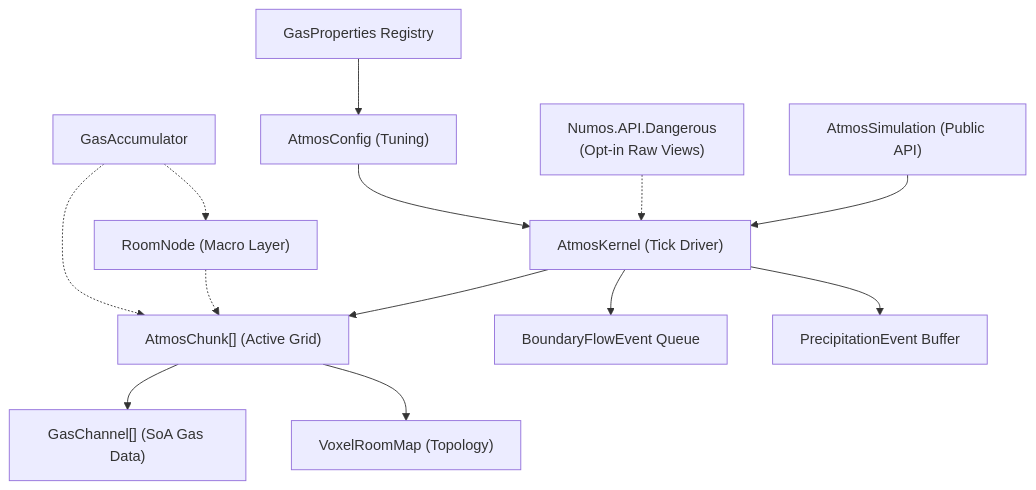
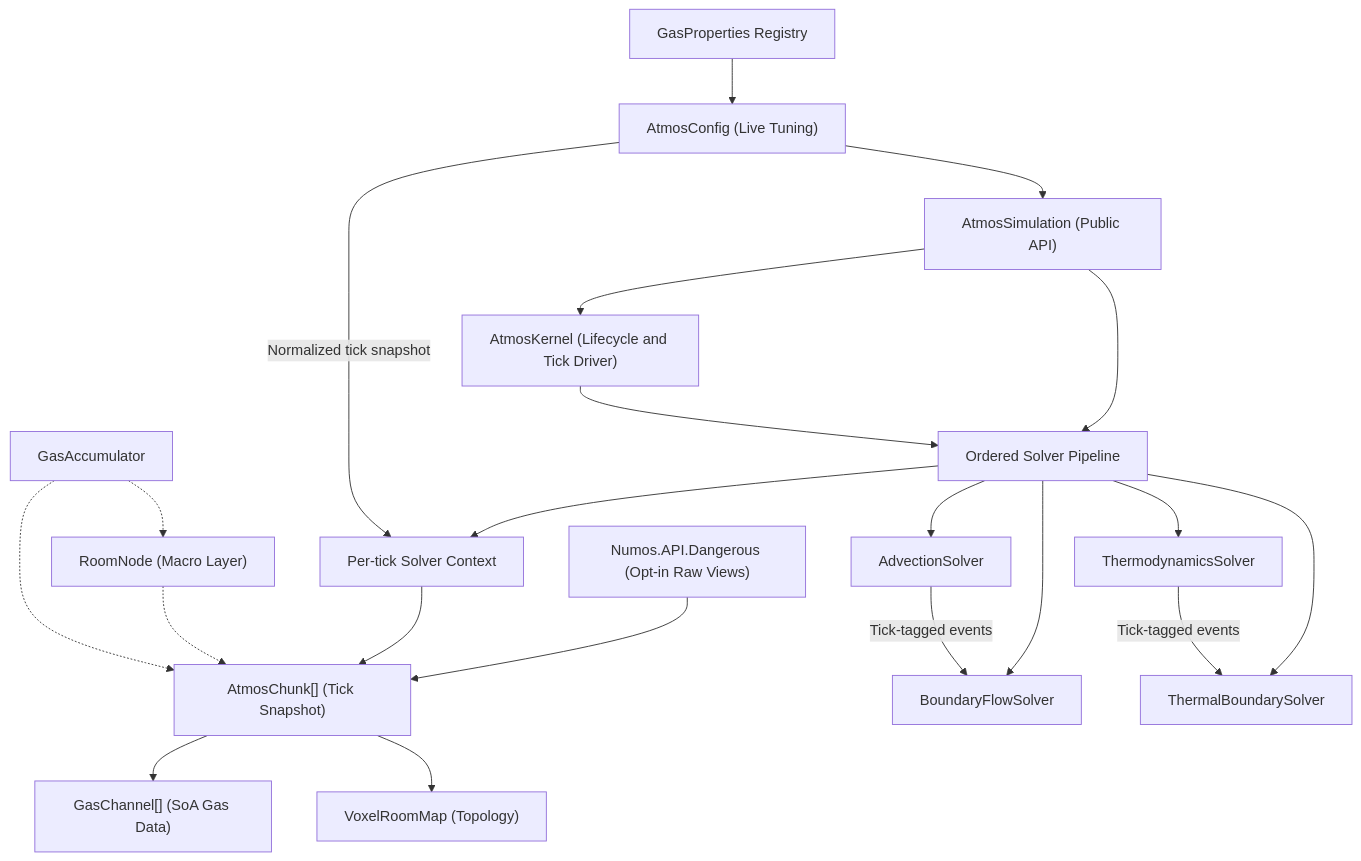
Before and after one commit to ArtisticRoomba/Numos: the diagram in docs/atmospherics_technical_documentation.md, drawn with Mermaid. The commit also changed other lines of this file and 38 other files, not shown here.

Commit message:
Add an extensible atmos solver pipeline and atomize content (#25)

````diff
--- a/docs/atmospherics_technical_documentation.md
+++ b/docs/atmospherics_technical_documentation.md
@@ -69,16 +70,23 @@
 ```mermaid
 graph TD
-    API["AtmosSimulation (Public API)"] --> A["AtmosKernel (Tick Driver)"]
-    DANGER["Numos.API.Dangerous
-    (Opt-in Raw Views)"] -.-> A
-    A --> B["AtmosChunk[] (Active Grid)"]
+    API["AtmosSimulation (Public API)"] --> KERNEL["AtmosKernel (Lifecycle and Tick Driver)"]
+    API --> PIPE["Ordered Solver Pipeline"]
+    DANGER["Numos.API.Dangerous (Opt-in Raw Views)"] --> B
+    KERNEL --> PIPE
+    PIPE --> CTX["Per-tick Solver Context"]
+    PIPE --> A["AdvectionSolver"]
+    PIPE --> BOUNDARY["BoundaryFlowSolver"]
+    PIPE --> THERMO["ThermodynamicsSolver"]
+    PIPE --> THERMAL["ThermalBoundarySolver"]
+    CTX --> B["AtmosChunk[] (Tick Snapshot)"]
+    A -->|"Tick-tagged events"| BOUNDARY
+    THERMO -->|"Tick-tagged events"| THERMAL
     B --> C["GasChannel[] (SoA Gas Data)"]
     B --> D["VoxelRoomMap (Topology)"]
-    A --> E["BoundaryFlowEvent Queue"]
-    A --> F["PrecipitationEvent Buffer"]
-    G["AtmosConfig (Tuning)"] --> A
+    G["AtmosConfig (Live Tuning)"] --> API
+    G -->|"Normalized tick snapshot"| CTX
     H["GasProperties Registry"] --> G
     I["RoomNode (Macro Layer)"] -.-> B
     J["GasAccumulator"] -.-> I
     J -.-> B
 ```
````
